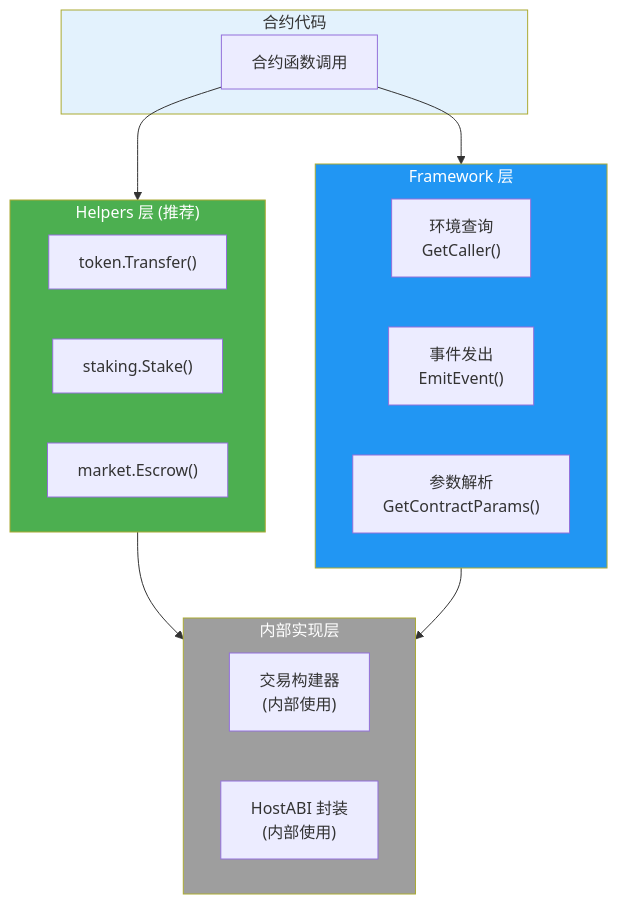
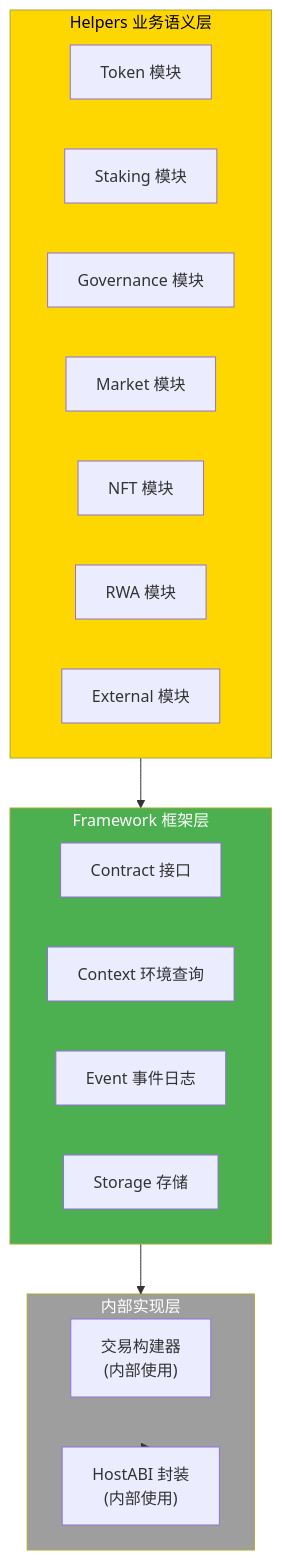
One commit to weisyn/contract-sdk-go changed the diagram in docs/API_REFERENCE.md. Above: the diagram before and after it, drawn with Mermaid. The commit also changed other lines of this file and 14 other files, not shown here.

````diff
--- a/docs/API_REFERENCE.md
+++ b/docs/API_REFERENCE.md
@@ -15,33 +21,32 @@
 ```mermaid
 graph TB
-    subgraph CONTRACT["合约代码"]
-        CALL["合约函数调用"]
+    subgraph HELPERS["Helpers 业务语义层"]
+        TOKEN["Token 模块"]
+        STAKING["Staking 模块"]
+        GOVERNANCE["Governance 模块"]
+        MARKET["Market 模块"]
+        NFT["NFT 模块"]
+        RWA["RWA 模块"]
+        EXTERNAL["External 模块"]
     end
     
-    subgraph HELPERS["Helpers 层 (推荐)"]
-        TOKEN_API["token.Transfer()"]
-        STAKING_API["staking.Stake()"]
-        MARKET_API["market.Escrow()"]
-    end
-    
-    subgraph FRAMEWORK["Framework 层"]
-        ENV_API["环境查询<br/>GetCaller()"]
-        EVENT_API["事件发出<br/>EmitEvent()"]
-        PARAM_API["参数解析<br/>GetContractParams()"]
+    subgraph FRAMEWORK["Framework 框架层"]
+        CONTRACT["Contract 接口"]
+        CONTEXT["Context 环境查询"]
+        EVENT["Event 事件日志"]
+        STORAGE["Storage 存储"]
     end
     
     subgraph INTERNAL["内部实现层"]
         TX_BUILDER["交易构建器<br/>(内部使用)"]
         HOSTABI["HostABI 封装<br/>(内部使用)"]
     end
     
-    CALL --> HELPERS
-    CALL --> FRAMEWORK
-    HELPERS --> INTERNAL
+    HELPERS --> FRAMEWORK
     FRAMEWORK --> INTERNAL
+    INTERNAL --> HOSTABI
     
-    style CONTRACT fill:#E3F2FD
-    style HELPERS fill:#4CAF50,color:#fff
-    style FRAMEWORK fill:#2196F3,color:#fff
+    style HELPERS fill:#FFD700,color:#000
+    style FRAMEWORK fill:#4CAF50,color:#fff
     style INTERNAL fill:#9E9E9E,color:#fff
 ```
````
